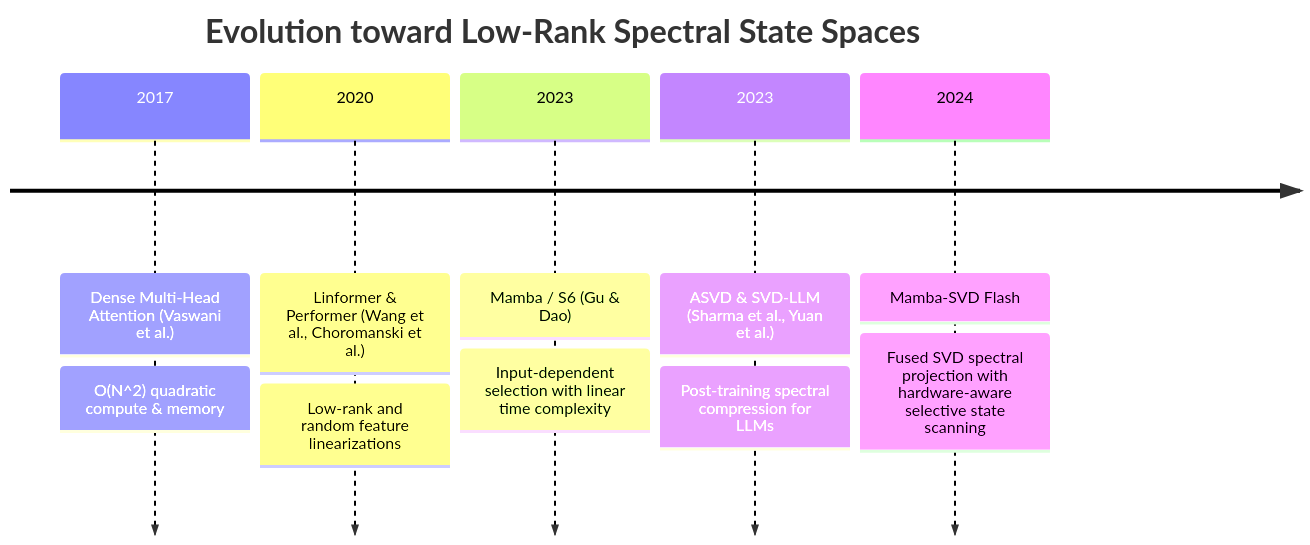
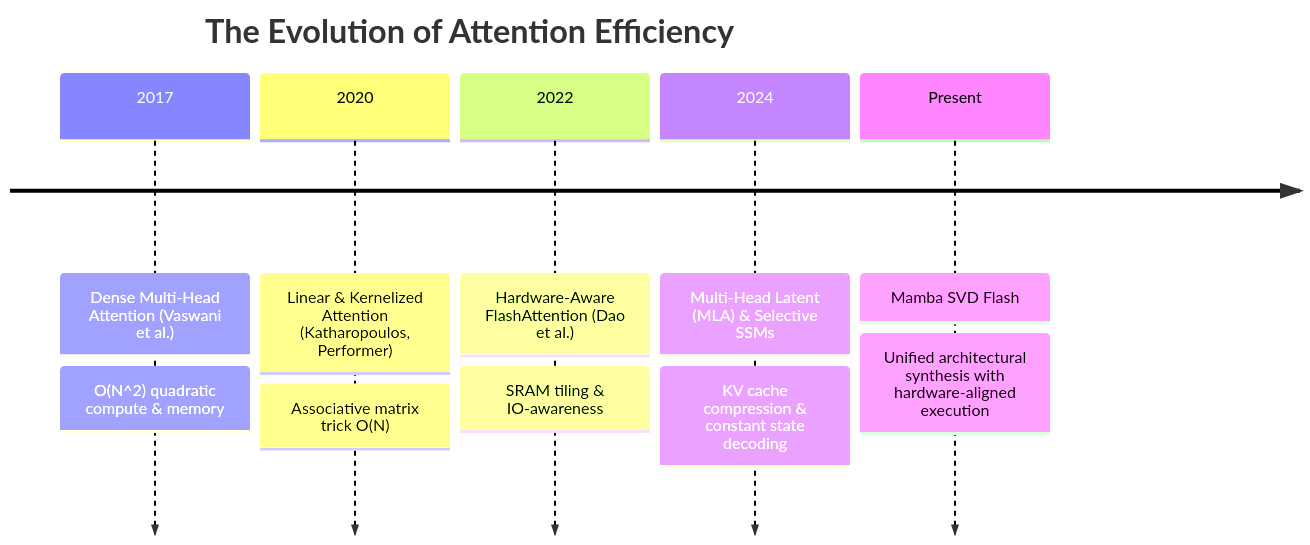
Before and after one commit to tahamajs/NeuralOps: the first of 2 diagrams in Docs/content/attentions_blog/mamba_svd_flash_blog.md, drawn with Mermaid. The commit also changed other lines of this file and 193 other files, not shown here.

````diff
--- a/Docs/content/attentions_blog/mamba_svd_flash_blog.md
+++ b/Docs/content/attentions_blog/mamba_svd_flash_blog.md
@@ -81,9 +58,9 @@
 ```mermaid
 timeline
-    title Evolution toward Low-Rank Spectral State Spaces
+    title The Evolution of Attention Efficiency
     2017 : Dense Multi-Head Attention (Vaswani et al.) : O(N^2) quadratic compute & memory
-    2020 : Linformer & Performer (Wang et al., Choromanski et al.) : Low-rank and random feature linearizations
-    2023 : Mamba / S6 (Gu & Dao) : Input-dependent selection with linear time complexity
-    2023 : ASVD & SVD-LLM (Sharma et al., Yuan et al.) : Post-training spectral compression for LLMs
-    2024 : Mamba-SVD Flash : Fused SVD spectral projection with hardware-aware selective state scanning
+    2020 : Linear & Kernelized Attention (Katharopoulos, Performer) : Associative matrix trick O(N)
+    2022 : Hardware-Aware FlashAttention (Dao et al.) : SRAM tiling & IO-awareness
+    2024 : Multi-Head Latent (MLA) & Selective SSMs : KV cache compression & constant state decoding
+    Present : Mamba SVD Flash : Unified architectural synthesis with hardware-aligned execution
 ```
````
